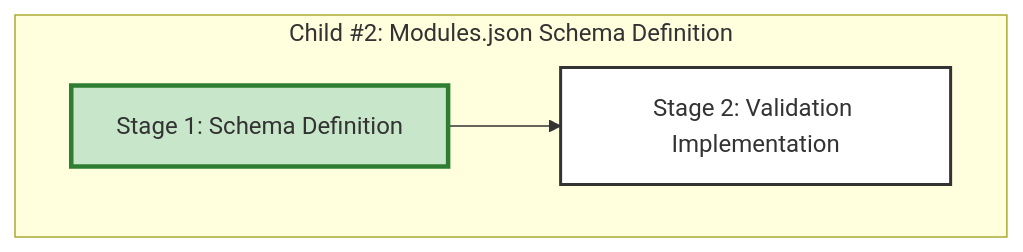
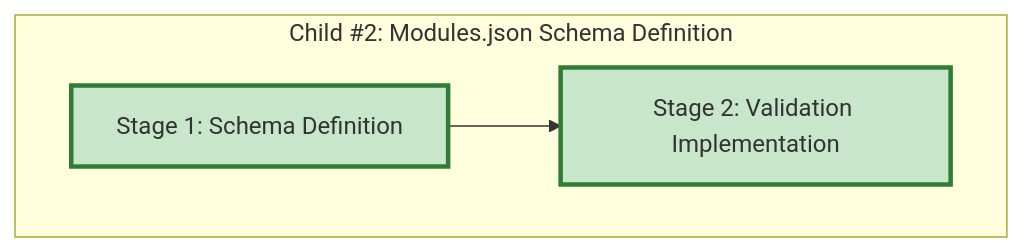
The diagram in docs/proposals/epic-15-federated-build-system/child-2-modules-json-schema/progress.md (info-tech-io/hugo-templates), drawn with Mermaid before and after one commit. The commit also changed other lines of this file and 2 other files, not shown here.

First line of the commit message:
docs(issue-17): update Stage 2 progress - modules.json Schema Definition complete

````diff
--- a/docs/proposals/epic-15-federated-build-system/child-2-modules-json-schema/progress.md
+++ b/docs/proposals/epic-15-federated-build-system/child-2-modules-json-schema/progress.md
@@ -5,12 +5,12 @@
 ```mermaid
 graph TD
     subgraph "Child #2: Modules.json Schema Definition"
         A[Stage 1: Schema Definition] --> B[Stage 2: Validation Implementation];
     end
 
     style A fill:#c8e6c9,stroke:#2e7d32,stroke-width:3px
-    style B fill:#fff,stroke:#333,stroke-width:2px
+    style B fill:#c8e6c9,stroke:#2e7d32,stroke-width:3px
 
     click A "001-progress.md" "Stage 1 Complete"
-    click B "002-validation-implementation.md" "Stage 2 Plan"
+    click B "002-progress.md" "Stage 2 Complete"
 ```
````
